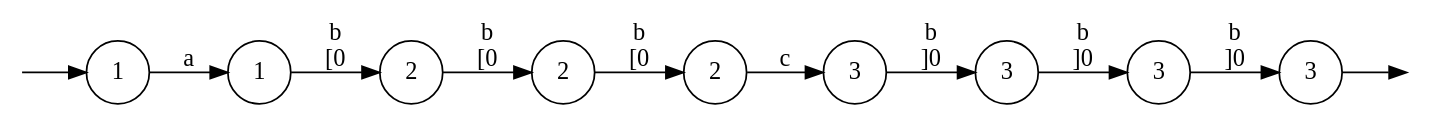
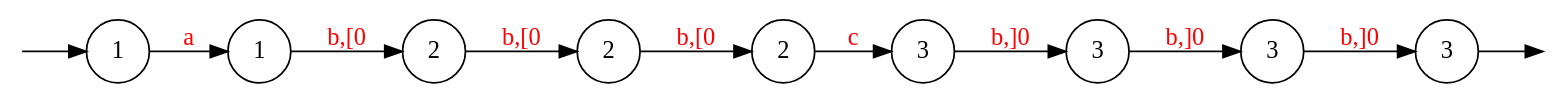
One commit to 0Marble/lgraphs changed the diagram in text/graphs/graph1_path5.dot. Above: the diagram before and after it, drawn with Graphviz. The commit also changed 26 other files, not shown here.

Commit message:
changed graph images to svg

```diff
--- a/text/graphs/graph1_path5.dot
+++ b/text/graphs/graph1_path5.dot
@@ -1,27 +1,27 @@
 digraph {
 	node [shape=circle];
 	Q0 [style=invisible, height=0, width=0, fixedsize=true];
 	Q1 [style=invisible, height=0, width=0, fixedsize=true];
 	graph [rankdir="LR"];
 	1 [label=1];
 	0 [label=1];
 	2 [label=2];
 	7 [label=3];
 	8 [label=3];
 	5 [label=3];
 	6 [label=3];
 	4 [label=2];
 	3 [label=2];
 
 	Q0 -> 0;
 
 	8 -> Q1;
-	0 -> 1  [item="a", label="a"];
-	1 -> 2  [item="b[0", label="b\n[0"];
-	2 -> 3  [item="b[0", label="b\n[0"];
-	3 -> 4  [item="b[0", label="b\n[0"];
-	4 -> 5  [item="c", label="c"];
-	5 -> 6  [item="b]0", label="b\n]0"];
-	6 -> 7  [item="b]0", label="b\n]0"];
-	7 -> 8  [item="b]0", label="b\n]0"];
+	0 -> 1  [label="a", fontcolor=red];
+	4 -> 5  [label="c", fontcolor=red];
+	1 -> 2  [label="b,[0", fontcolor=red];
+	2 -> 3  [label="b,[0", fontcolor=red];
+	3 -> 4  [label="b,[0", fontcolor=red];
+	5 -> 6  [label="b,]0", fontcolor=red];
+	6 -> 7  [label="b,]0", fontcolor=red];
+	7 -> 8  [label="b,]0", fontcolor=red];
 }
```
